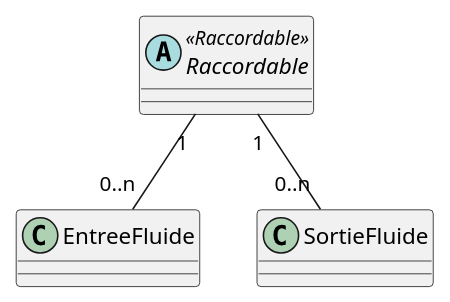
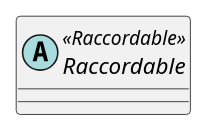
Before and after one commit to beerfactory/brewbox-uml: the diagram in raccordable.iuml, drawn with PlantUML. The commit also changed 9 other files, not shown here.

Commit message:
Suppression EntreeFluide et SortieFluide

```diff
--- a/raccordable.iuml
+++ b/raccordable.iuml
@@ -1,6 +1,3 @@
 abstract class Raccordable <<Raccordable>> {
 	
 }
-
-Raccordable "1"-- "0..n" EntreeFluide
-Raccordable "1"-- "0..n" SortieFluide
```
